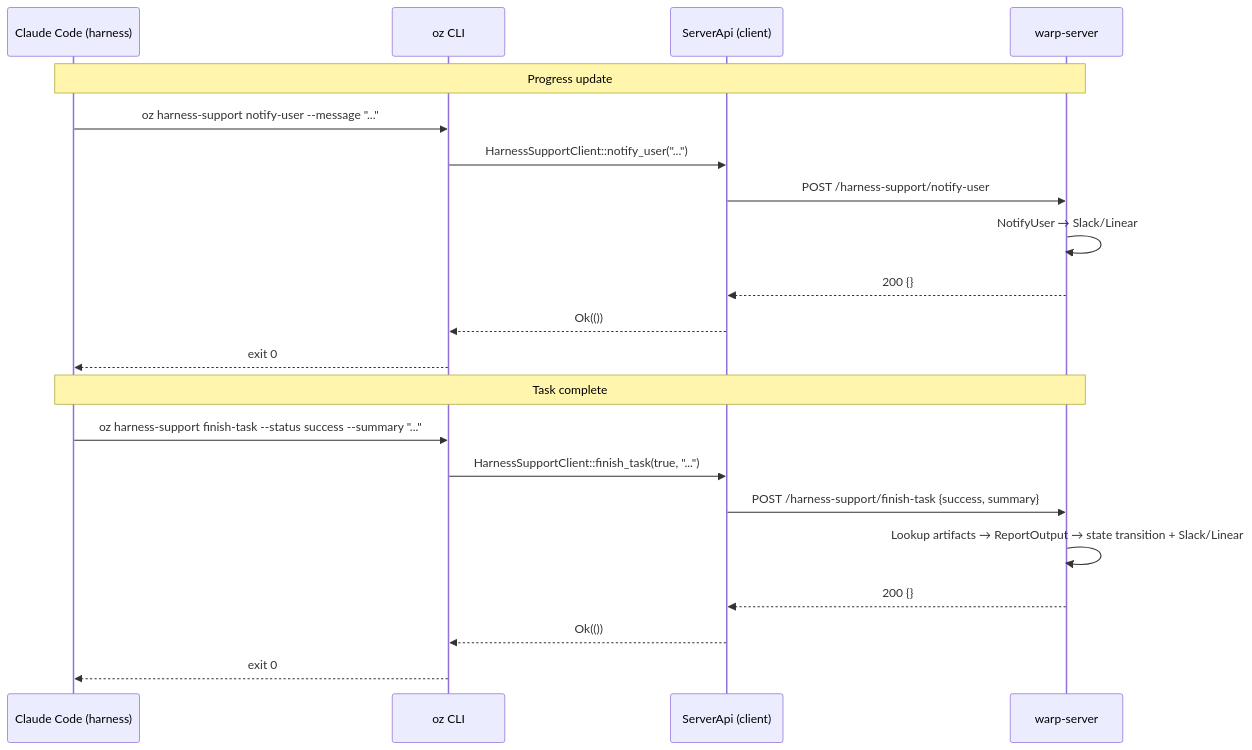
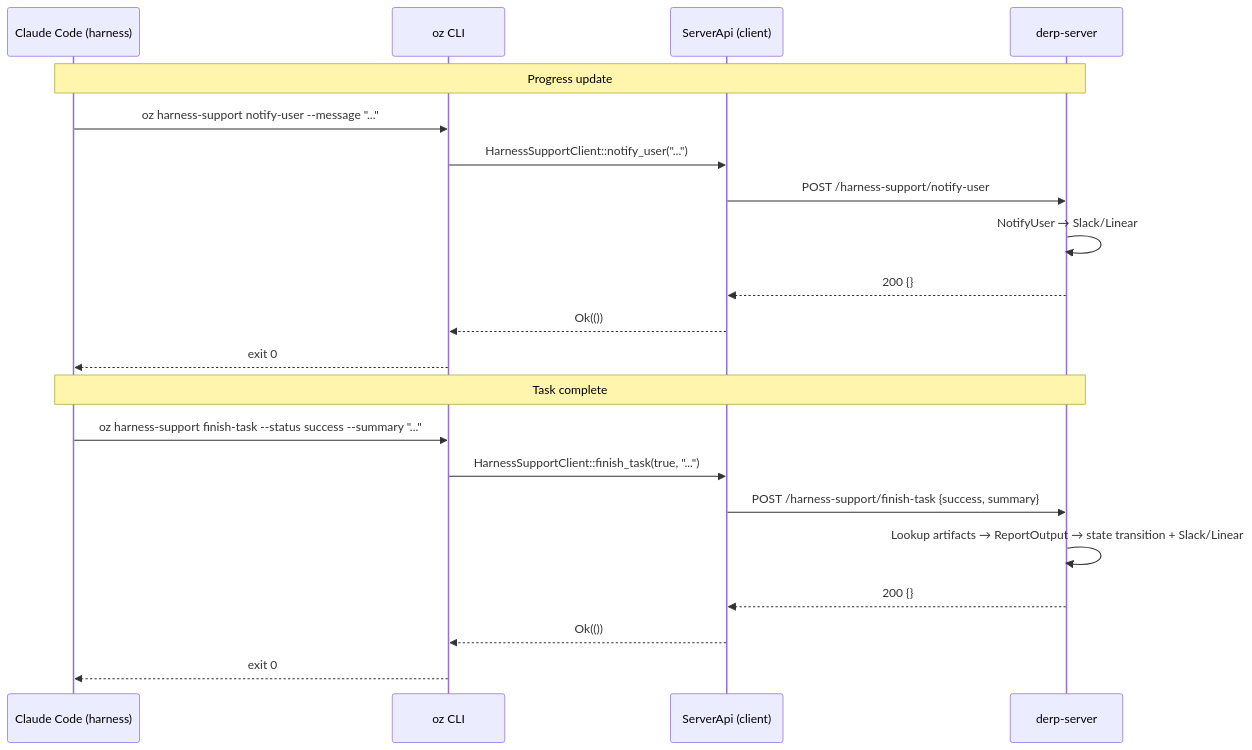
The diagram in specs/REMOTE-1289/TECH.md (antikrust/krust-terminal), drawn with Mermaid before and after one commit. The commit also changed other lines of this file and 9069 other files, not shown here.

First line of the commit message:
Rebrand Warp -> Derp; vendor and disconnect all external deps

````diff
--- a/specs/REMOTE-1289/TECH.md
+++ b/specs/REMOTE-1289/TECH.md
@@ -117,25 +117,25 @@
 ```mermaid
 sequenceDiagram
     participant CC as Claude Code (harness)
     participant OZ as oz CLI
     participant SA as ServerApi (client)
-    participant WS as warp-server
+    participant WS as derp-server
 
     Note over CC,WS: Progress update
     CC->>OZ: oz harness-support notify-user --message "..."
     OZ->>SA: HarnessSupportClient::notify_user("...")
     SA->>WS: POST /harness-support/notify-user
     WS->>WS: NotifyUser → Slack/Linear
     WS-->>SA: 200 {}
     SA-->>OZ: Ok(())
     OZ-->>CC: exit 0
 
     Note over CC,WS: Task complete
     CC->>OZ: oz harness-support finish-task --status success --summary "..."
     OZ->>SA: HarnessSupportClient::finish_task(true, "...")
     SA->>WS: POST /harness-support/finish-task {success, summary}
     WS->>WS: Lookup artifacts → ReportOutput → state transition + Slack/Linear
     WS-->>SA: 200 {}
     SA-->>OZ: Ok(())
     OZ-->>CC: exit 0
 ```
````
